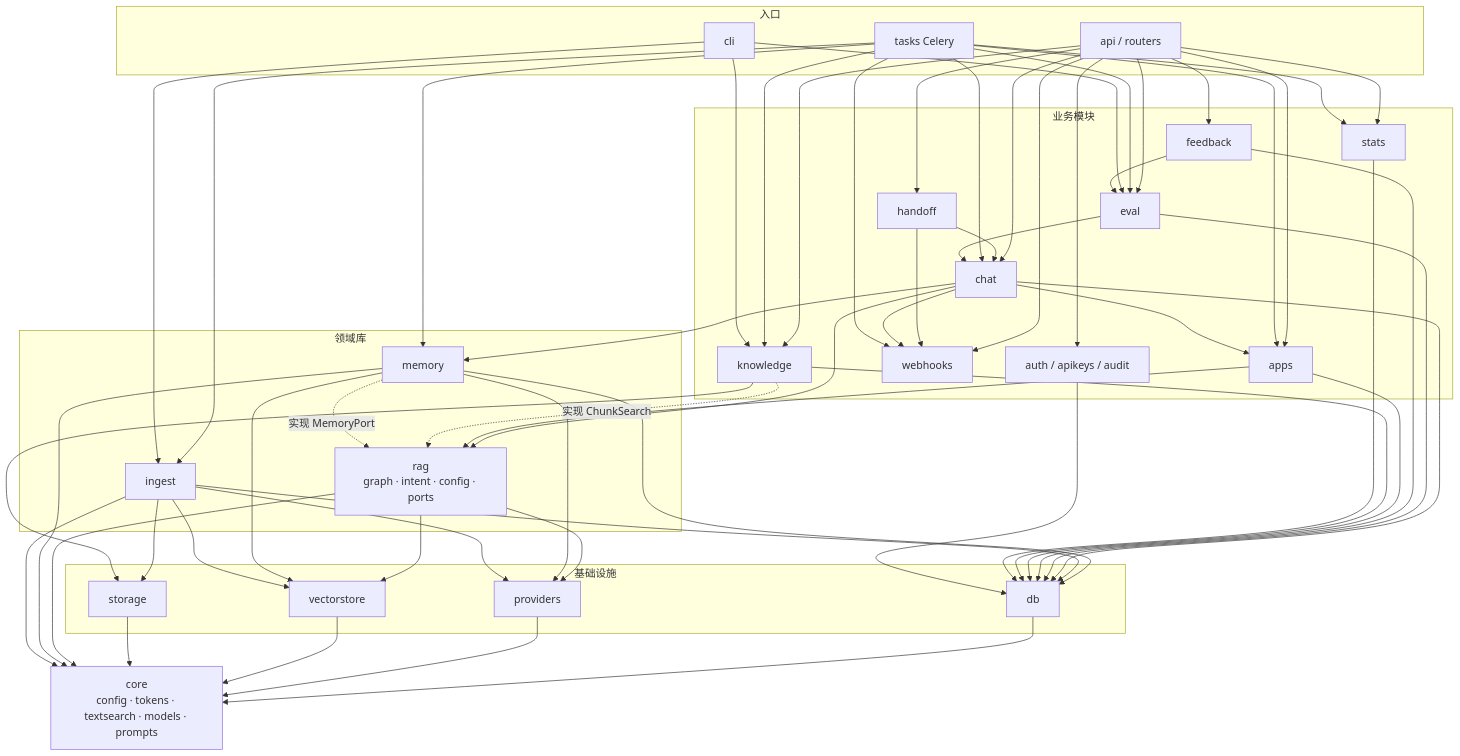
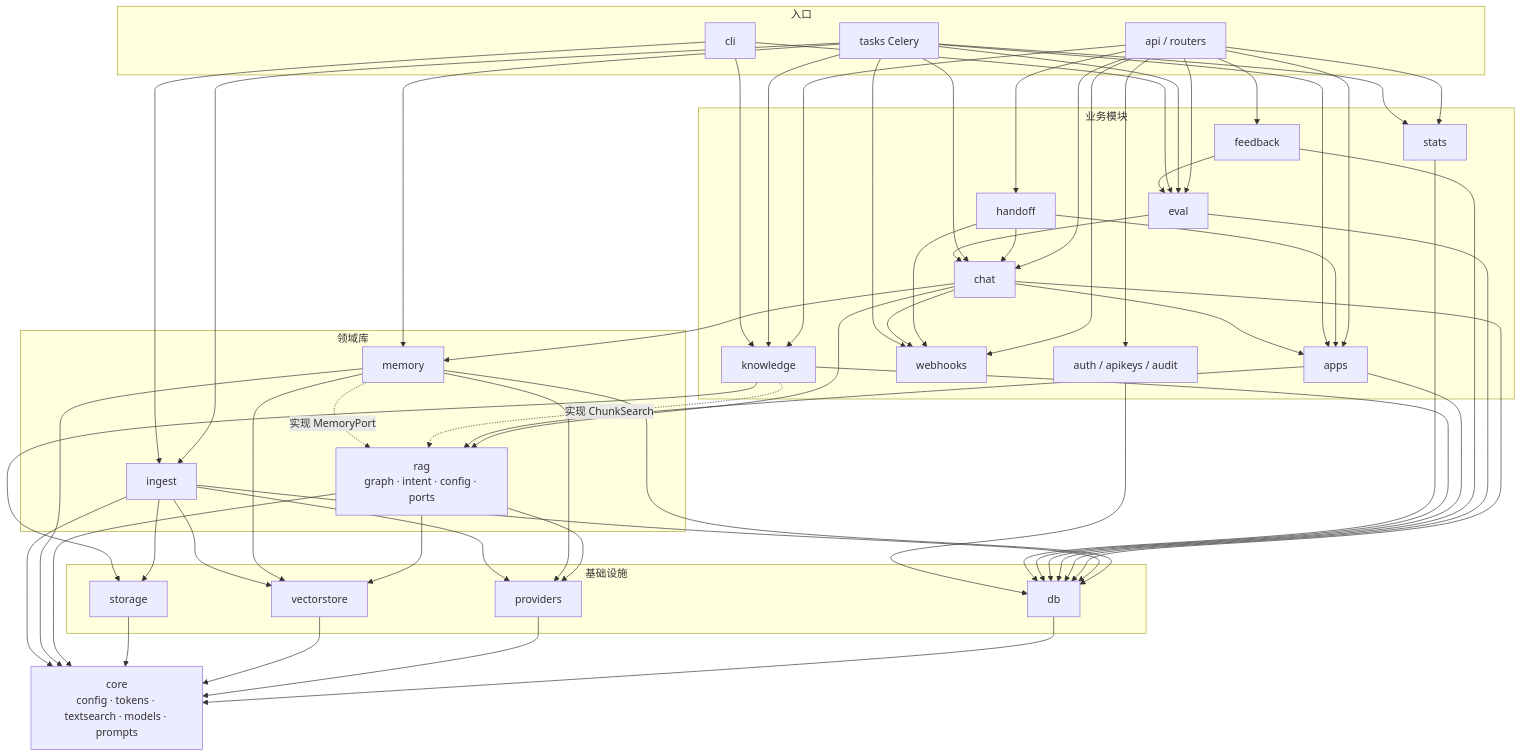
Before and after one commit to YKkksss/AIIntelligentCustomerService: the diagram in docs/02-architecture/02-模块划分.md, drawn with Mermaid. The commit also changed other lines of this file and 22 other files, not shown here.

````diff
--- a/docs/02-architecture/02-模块划分.md
+++ b/docs/02-architecture/02-模块划分.md
@@ -32,50 +34,50 @@
 ```mermaid
 flowchart TD
   subgraph L4[入口]
     API[api / routers]
     TASKS[tasks Celery]
     CLI[cli]
   end
   subgraph L3[业务模块]
     CHAT[chat]
     EVAL[eval]
     FB[feedback]
     APPS[apps]
     KN[knowledge]
     STATS[stats]
     HO[handoff]
     WH[webhooks]
     AUTH[auth / apikeys / audit]
   end
   subgraph L2[领域库]
     RAG[rag<br/>graph · intent · config · ports]
     MEM[memory]
     ING[ingest]
   end
   subgraph L1[基础设施]
     DB[db]
     PROV[providers]
     VS[vectorstore]
     ST[storage]
   end
   CORE[core<br/>config · tokens · textsearch · models · prompts]
 
   API --> CHAT & EVAL & FB & APPS & KN & STATS & AUTH & HO & WH
-  HO --> CHAT & WH
+  HO --> CHAT & WH & APPS
   CHAT --> WH
   TASKS --> WH & CHAT
   TASKS --> ING & MEM & EVAL & STATS & KN & APPS
   CLI --> ING & EVAL & KN
   EVAL --> CHAT
   FB --> EVAL
   CHAT --> RAG & MEM & APPS
   APPS --> RAG
   KN -. 实现 ChunkSearch .-> RAG
   MEM -. 实现 MemoryPort .-> RAG
   RAG --> PROV & VS
   MEM --> DB & PROV & VS
   ING --> DB & PROV & VS & ST
   CHAT & EVAL & FB & APPS & KN & STATS & AUTH --> DB
   KN --> ST
   DB & PROV & VS & ST & RAG & MEM & ING --> CORE
 ```
````
